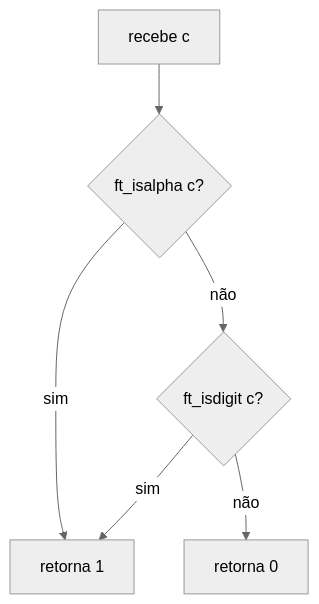
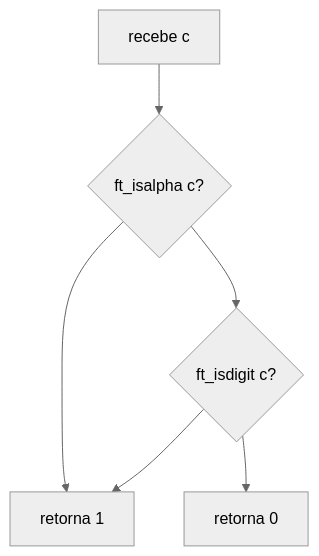
Before and after one commit to ahy-git/docs: the fourth of 43 diagrams in 1-libft/Readme.md, drawn with Mermaid (neutral theme). The commit also changed other lines of this file, not shown here.

````diff
--- a/1-libft/Readme.md
+++ b/1-libft/Readme.md
@@ -474,8 +474,8 @@
 ```mermaid
 flowchart TD
 	A["recebe c"] --> B{"ft_isalpha c?"}
-	B -- sim --> C["retorna 1"]
-	B -- não --> D{"ft_isdigit c?"}
-	D -- sim --> C
-	D -- não --> E["retorna 0"]
+	B --> C["retorna 1"]
+	B --> D{"ft_isdigit c?"}
+	D --> C
+	D --> E["retorna 0"]
 ```
````
